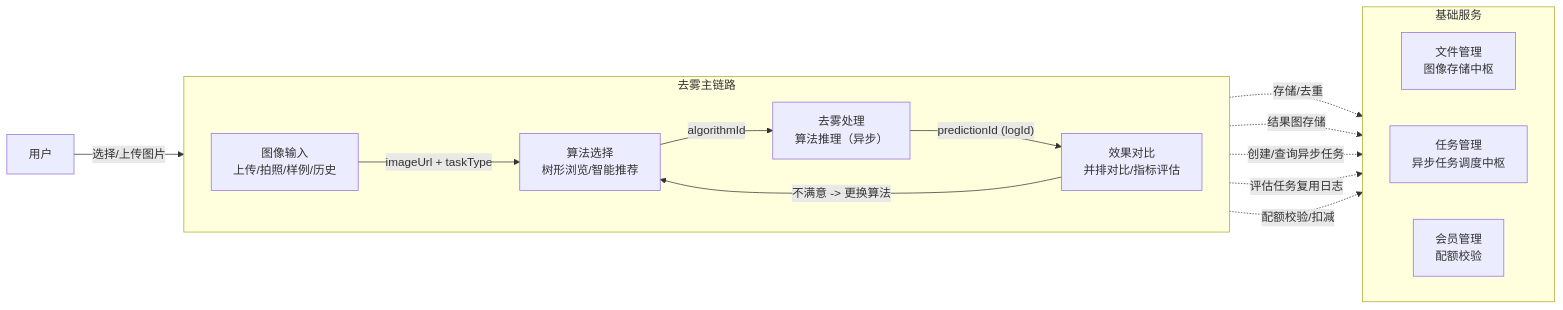
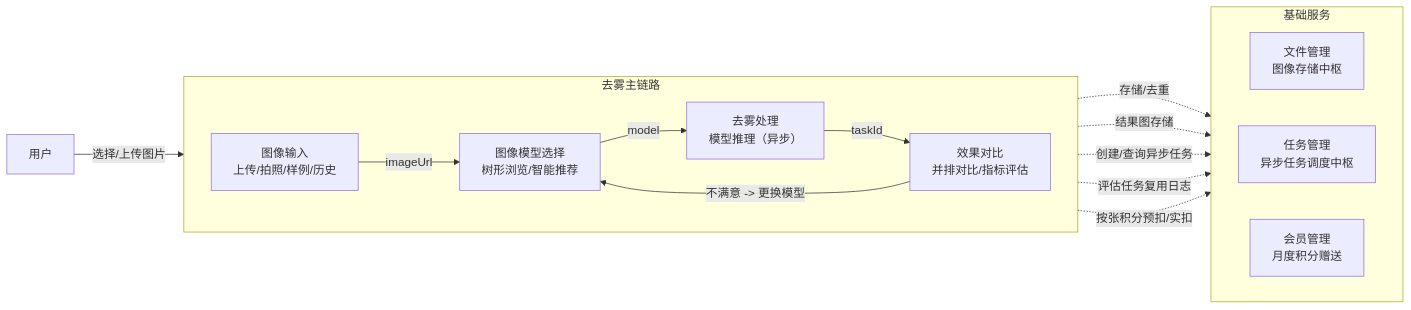
The first of 3 diagrams in dehaze-doc/docs/02-系统架构/08-去雾主链路协作设计.md (earthy-zinc/dehaze-system), drawn with Mermaid before and after one commit. The commit also changed other lines of this file and 239 other files, not shown here.

````diff
--- a/dehaze-doc/docs/02-系统架构/08-去雾主链路协作设计.md
+++ b/dehaze-doc/docs/02-系统架构/08-去雾主链路协作设计.md
@@ -22,31 +22,31 @@
 ```mermaid
 flowchart LR
     User["用户"]
 
     subgraph MainChain["去雾主链路"]
         direction LR
         M1["图像输入<br/>上传/拍照/样例/历史"]
-        M2["算法选择<br/>树形浏览/智能推荐"]
-        M3["去雾处理<br/>算法推理（异步）"]
+        M2["图像模型选择<br/>树形浏览/智能推荐"]
+        M3["去雾处理<br/>模型推理（异步）"]
         M4["效果对比<br/>并排对比/指标评估"]
     end
 
     subgraph Foundation["基础服务"]
         direction LR
         FM["文件管理<br/>图像存储中枢"]
         TM["任务管理<br/>异步任务调度中枢"]
-        MM["会员管理<br/>配额校验"]
+        MM["会员管理<br/>月度积分赠送"]
     end
 
     User -->|"选择/上传图片"| M1
-    M1 -->|"imageUrl + taskType"| M2
-    M2 -->|"algorithmId"| M3
-    M3 -->|"predictionId (logId)"| M4
-    M4 -->|"不满意 -> 更换算法"| M2
+    M1 -->|"imageUrl"| M2
+    M2 -->|"model"| M3
+    M3 -->|"taskId"| M4
+    M4 -->|"不满意 -> 更换模型"| M2
 
     M1 -.->|"存储/去重"| FM
     M3 -.->|"结果图存储"| FM
     M3 -.->|"创建/查询异步任务"| TM
     M4 -.->|"评估任务复用日志"| TM
-    M3 -.->|"配额校验/扣减"| MM
+    M3 -.->|"按张积分预扣/实扣"| MM
 ```
````
